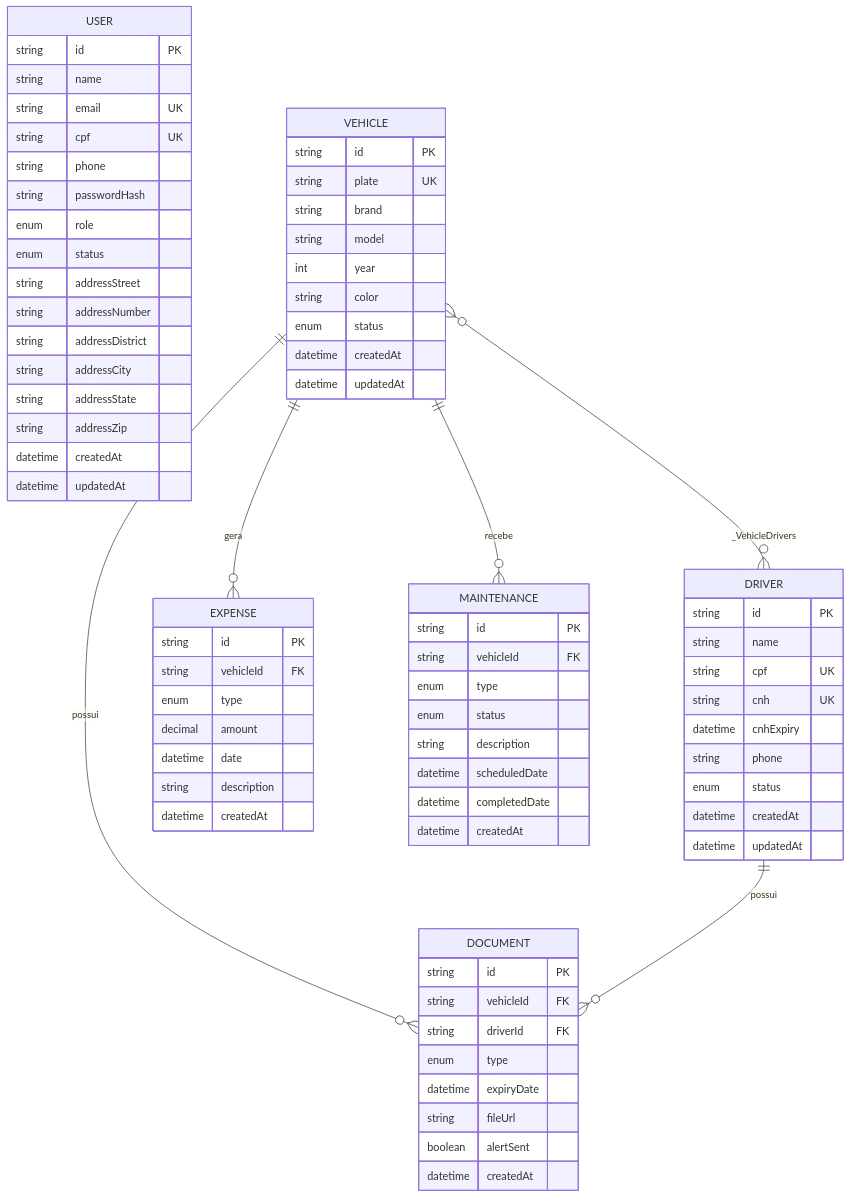
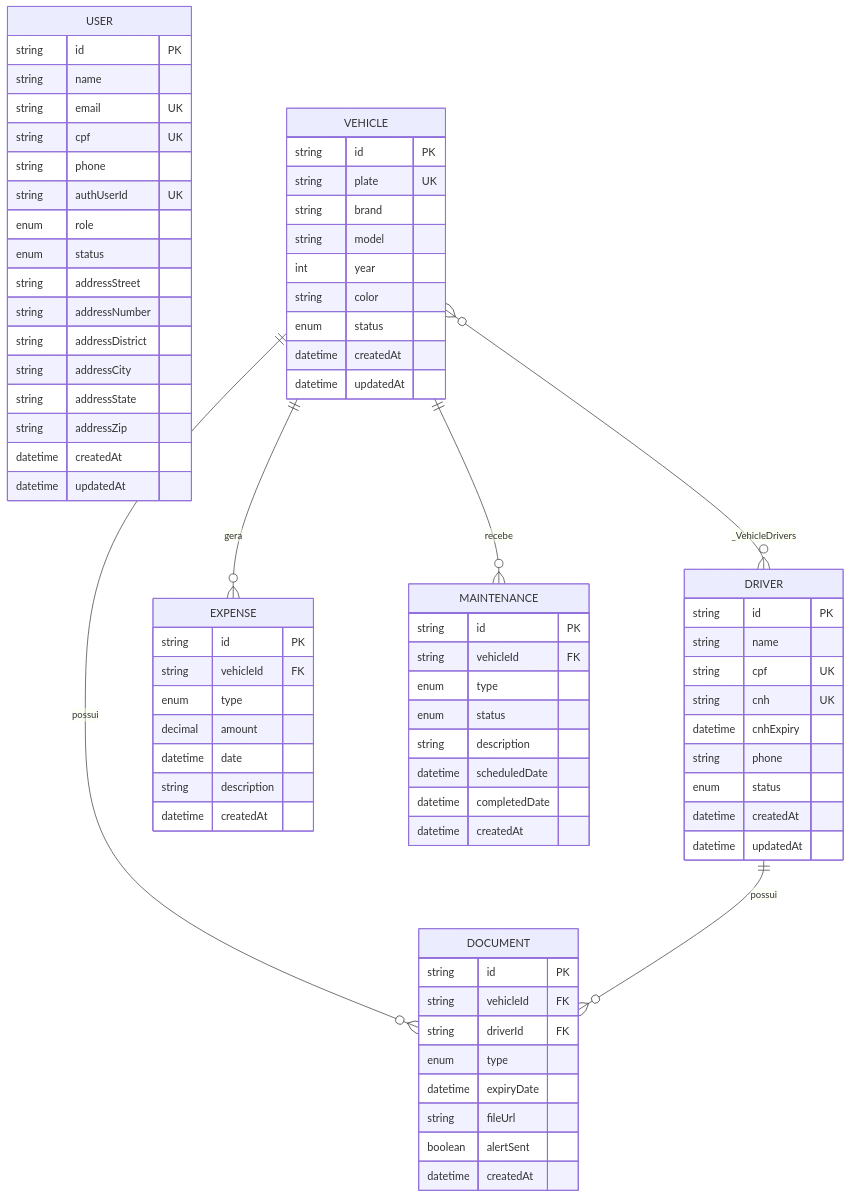
Before and after one commit to gregoryjereissati/pfi-fleet-manager: the diagram in docs/05-banco-de-dados.md, drawn with Mermaid. The commit also changed other lines of this file and 42 other files, not shown here.

```diff
--- a/docs/05-banco-de-dados.md
+++ b/docs/05-banco-de-dados.md
@@ -23,7 +23,7 @@
         string email UK
         string cpf UK
         string phone
-        string passwordHash
+        string authUserId UK
         enum role
         enum status
         string addressStreet
```
